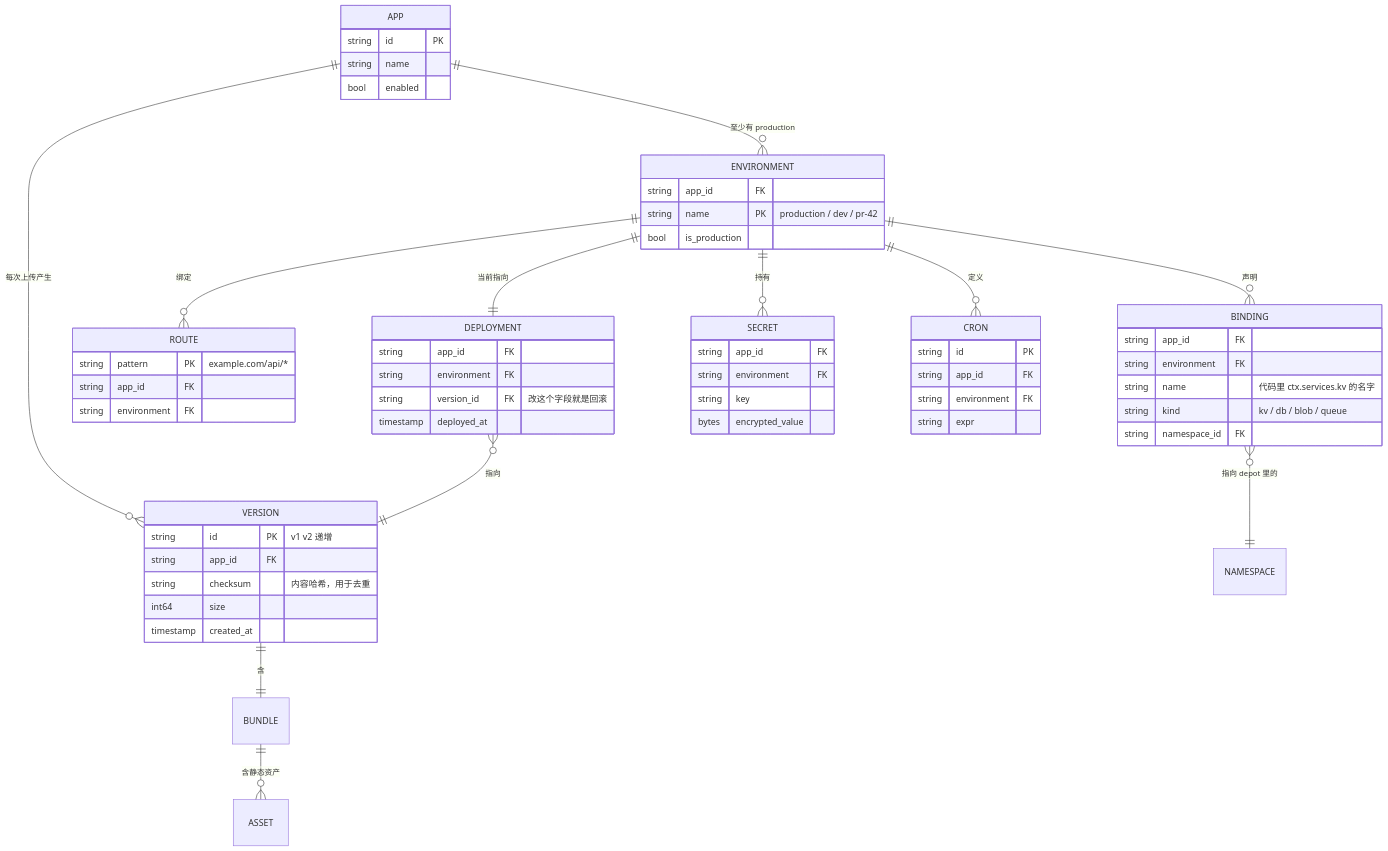
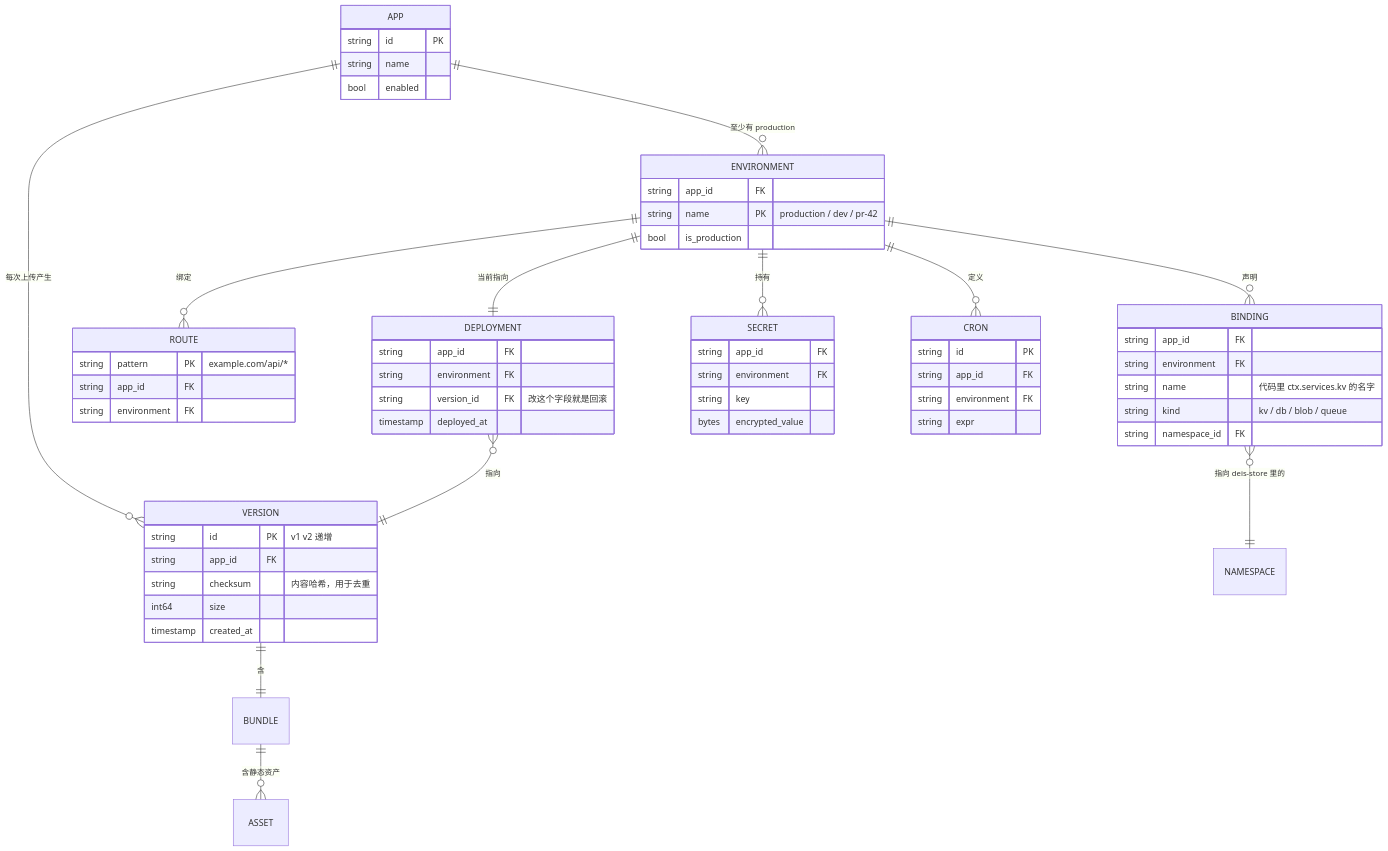
The second of 6 diagrams in docs/architecture.zh.md (deislet/deislet), drawn with Mermaid before and after one commit. The commit also changed other lines of this file and 591 other files, not shown here.

````diff
--- a/docs/architecture.zh.md
+++ b/docs/architecture.zh.md
@@ -114,62 +114,62 @@
 ```mermaid
 erDiagram
     APP ||--o{ ENVIRONMENT : "至少有 production"
     ENVIRONMENT ||--|| DEPLOYMENT : "当前指向"
     APP ||--o{ VERSION : "每次上传产生"
     DEPLOYMENT }o--|| VERSION : "指向"
     ENVIRONMENT ||--o{ ROUTE : "绑定"
     ENVIRONMENT ||--o{ BINDING : "声明"
     ENVIRONMENT ||--o{ SECRET : "持有"
     ENVIRONMENT ||--o{ CRON : "定义"
     VERSION ||--|| BUNDLE : "含"
     BUNDLE ||--o{ ASSET : "含静态资产"
-    BINDING }o--|| NAMESPACE : "指向 depot 里的"
+    BINDING }o--|| NAMESPACE : "指向 deis-store 里的"
 
     APP {
         string id PK
         string name
         bool enabled
     }
     ENVIRONMENT {
         string app_id FK
         string name PK "production / dev / pr-42"
         bool is_production
     }
     VERSION {
         string id PK "v1 v2 递增"
         string app_id FK
         string checksum "内容哈希，用于去重"
         int64 size
         timestamp created_at
     }
     DEPLOYMENT {
         string app_id FK
         string environment FK
         string version_id FK "改这个字段就是回滚"
         timestamp deployed_at
     }
     ROUTE {
         string pattern PK "example.com/api/*"
         string app_id FK
         string environment FK
     }
     BINDING {
         string app_id FK
         string environment FK
         string name "代码里 ctx.services.kv 的名字"
         string kind "kv / db / blob / queue"
         string namespace_id FK
     }
     SECRET {
         string app_id FK
         string environment FK
         string key
         bytes encrypted_value
     }
     CRON {
         string id PK
         string app_id FK
         string environment FK
         string expr
     }
 ```
````
